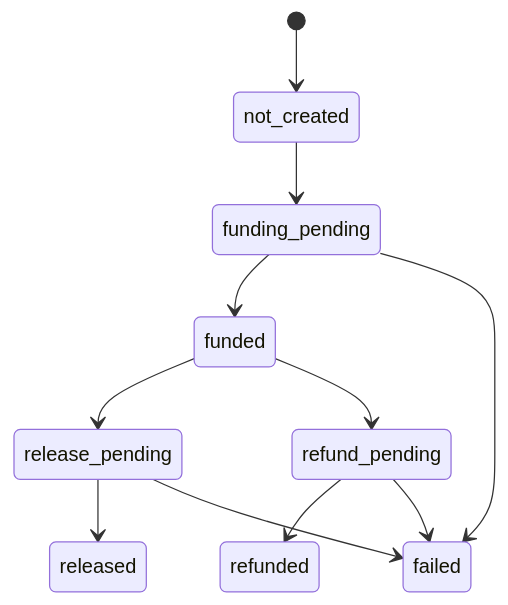
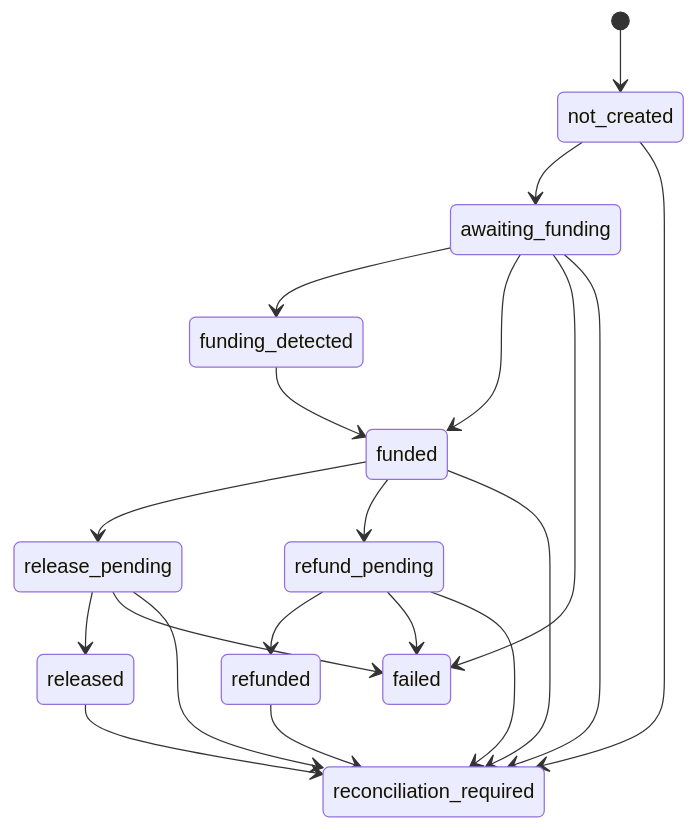
The diagram in docs/architecture/settlement.md (Ajayfrizzy/pactagent), drawn with Mermaid before and after one commit. The commit also changed other lines of this file and 94 other files, not shown here.

````diff
--- a/docs/architecture/settlement.md
+++ b/docs/architecture/settlement.md
@@ -5,13 +5,22 @@
 ```mermaid
 stateDiagram-v2
   [*] --> not_created
-  not_created --> funding_pending
-  funding_pending --> funded
+  not_created --> awaiting_funding
+  not_created --> reconciliation_required
+  awaiting_funding --> funding_detected
+  awaiting_funding --> funded
+  funding_detected --> funded
   funded --> release_pending
   funded --> refund_pending
   release_pending --> released
   refund_pending --> refunded
-  funding_pending --> failed
+  awaiting_funding --> failed
   release_pending --> failed
   refund_pending --> failed
+  awaiting_funding --> reconciliation_required
+  funded --> reconciliation_required
+  release_pending --> reconciliation_required
+  refund_pending --> reconciliation_required
+  released --> reconciliation_required
+  refunded --> reconciliation_required
 ```
````
